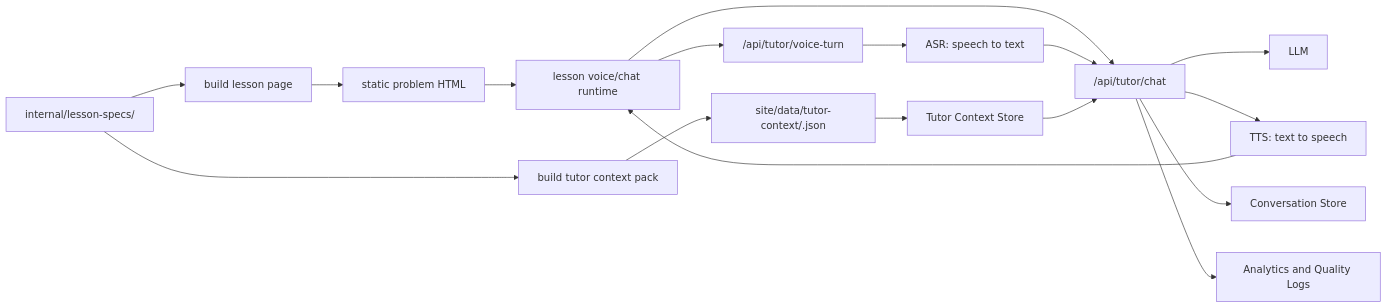
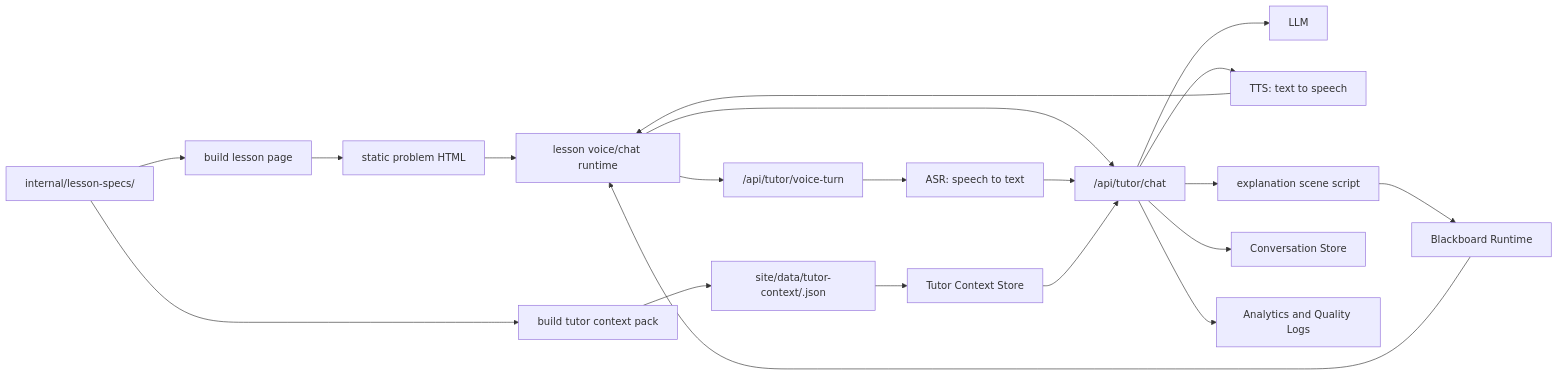
Before and after one commit to rongchenxu100/shuxueshuo: the diagram in docs/student-tutor-chat-system-design.md, drawn with Mermaid. The commit also changed other lines of this file, not shown here.

````diff
--- a/docs/student-tutor-chat-system-design.md
+++ b/docs/student-tutor-chat-system-design.md
@@ -44,19 +46,22 @@
 ```mermaid
 flowchart LR
   A["internal/lesson-specs/<problem-id>"] --> B["build lesson page"]
   A --> C["build tutor context pack"]
   B --> D["static problem HTML"]
   C --> E["site/data/tutor-context/<problem-id>.json"]
   D --> F["lesson voice/chat runtime"]
   F --> G["/api/tutor/chat"]
   F --> V["/api/tutor/voice-turn"]
   V --> S["ASR: speech to text"]
   S --> G
   E --> H["Tutor Context Store"]
   H --> G
   G --> I["LLM"]
   G --> T["TTS: text to speech"]
   T --> F
+  G --> X["explanation scene script"]
+  X --> R["Blackboard Runtime"]
+  R --> F
   G --> J["Conversation Store"]
   G --> K["Analytics and Quality Logs"]
 ```
````
